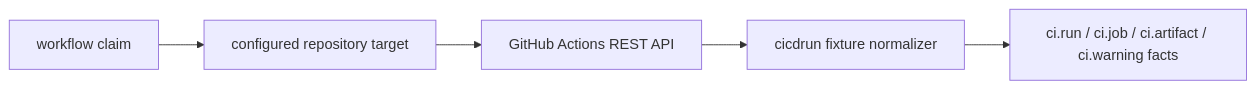
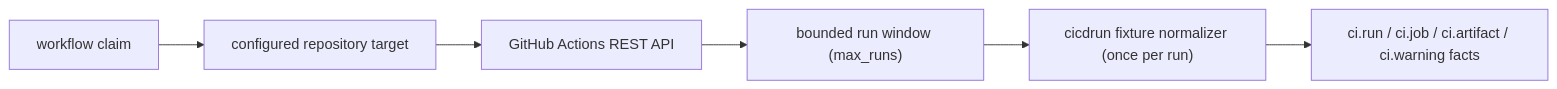
One commit to eshu-hq/eshu changed the diagram in go/internal/collector/cicdrun/ghactionsruntime/README.md. Above: the diagram before and after it, drawn with Mermaid. The commit also changed other lines of this file and 8 other files, not shown here.

````diff
--- a/go/internal/collector/cicdrun/ghactionsruntime/README.md
+++ b/go/internal/collector/cicdrun/ghactionsruntime/README.md
@@ -88,13 +104,15 @@
 ```mermaid
 flowchart LR
     Claim["workflow claim"]
     Target["configured repository target"]
     GitHub["GitHub Actions REST API"]
-    Normalize["cicdrun fixture normalizer"]
+    Window["bounded run window (max_runs)"]
+    Normalize["cicdrun fixture normalizer (once per run)"]
     Facts["ci.run / ci.job / ci.artifact / ci.warning facts"]
 
     Claim --> Target
     Target --> GitHub
-    GitHub --> Normalize
+    GitHub --> Window
+    Window --> Normalize
     Normalize --> Facts
 ```
````
